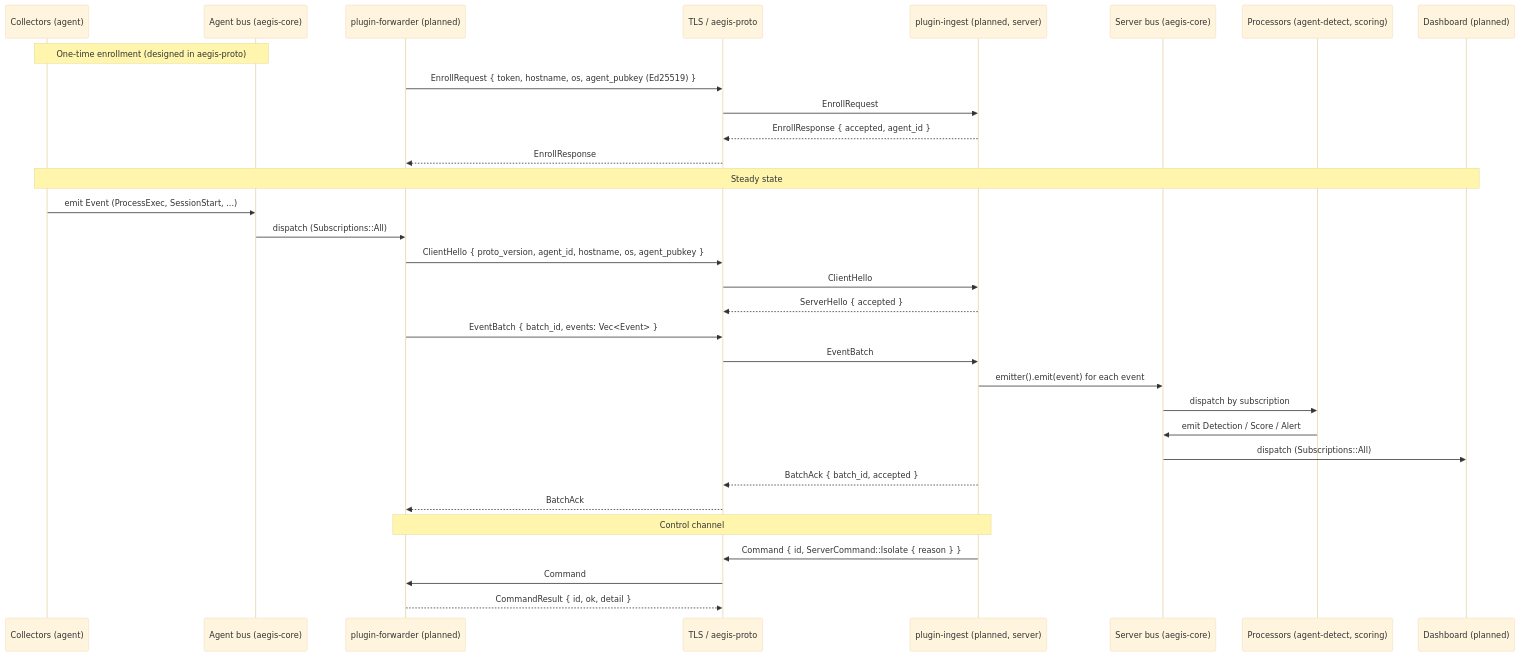
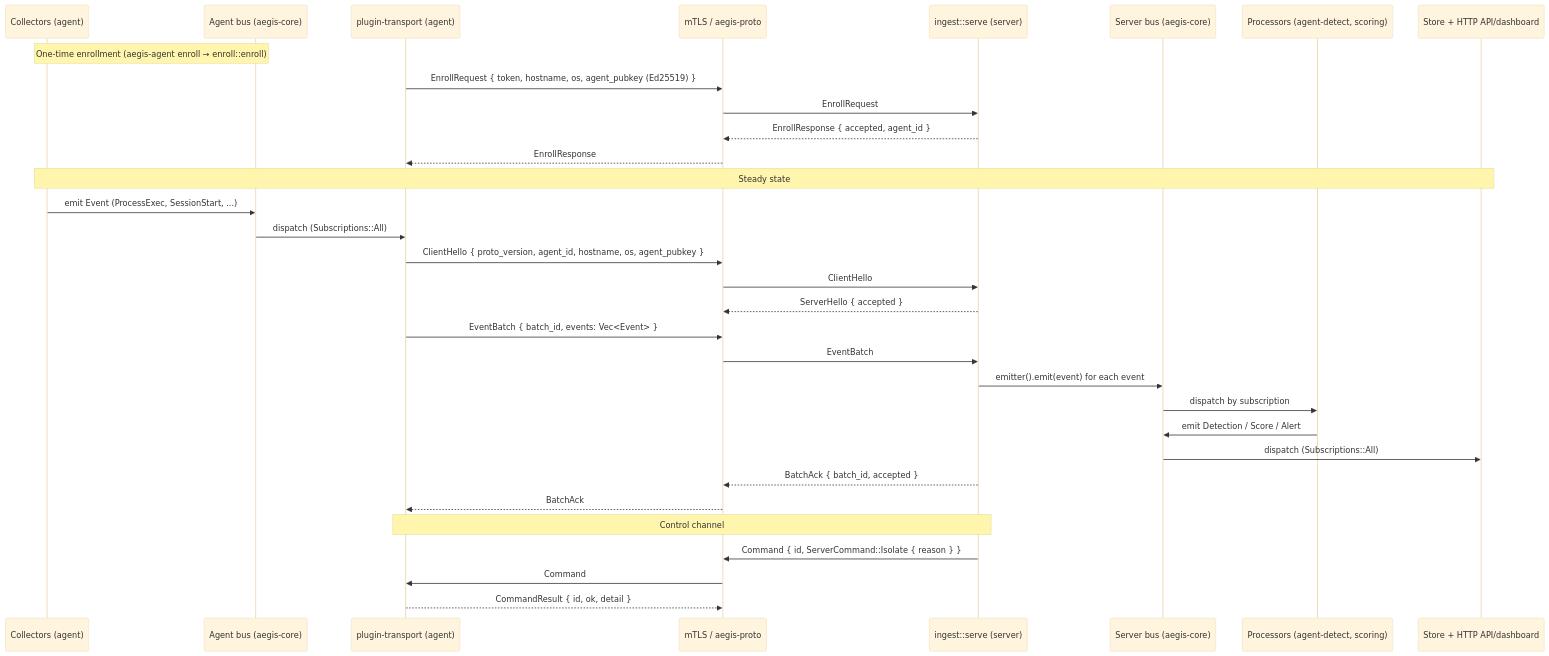
One commit to AnthonyHerman/insider-threat-profiling changed the third of 9 diagrams in docs/ARCHITECTURE.md. Above: the diagram before and after it, drawn with Mermaid (base theme). The commit also changed other lines of this file and 7 other files, not shown here.

````diff
--- a/docs/ARCHITECTURE.md
+++ b/docs/ARCHITECTURE.md
@@ -210,37 +239,37 @@
 ```mermaid
 sequenceDiagram
   participant Col as Collectors (agent)
   participant Bus as Agent bus (aegis-core)
-  participant Fwd as plugin-forwarder (planned)
-  participant Net as TLS / aegis-proto
-  participant Ing as plugin-ingest (planned, server)
+  participant Fwd as plugin-transport (agent)
+  participant Net as mTLS / aegis-proto
+  participant Ing as ingest::serve (server)
   participant SBus as Server bus (aegis-core)
   participant Proc as Processors (agent-detect, scoring)
-  participant Dash as Dashboard (planned)
+  participant Dash as Store + HTTP API/dashboard
 
-  Note over Col,Bus: One-time enrollment (designed in aegis-proto)
+  Note over Col,Bus: One-time enrollment (aegis-agent enroll → enroll::enroll)
   Fwd->>Net: EnrollRequest { token, hostname, os, agent_pubkey (Ed25519) }
   Net->>Ing: EnrollRequest
   Ing-->>Net: EnrollResponse { accepted, agent_id }
   Net-->>Fwd: EnrollResponse
 
   Note over Col,Dash: Steady state
   Col->>Bus: emit Event (ProcessExec, SessionStart, ...)
   Bus->>Fwd: dispatch (Subscriptions::All)
   Fwd->>Net: ClientHello { proto_version, agent_id, hostname, os, agent_pubkey }
   Net->>Ing: ClientHello
   Ing-->>Net: ServerHello { accepted }
   Fwd->>Net: EventBatch { batch_id, events: Vec<Event> }
   Net->>Ing: EventBatch
   Ing->>SBus: emitter().emit(event) for each event
   SBus->>Proc: dispatch by subscription
   Proc->>SBus: emit Detection / Score / Alert
   SBus->>Dash: dispatch (Subscriptions::All)
   Ing-->>Net: BatchAck { batch_id, accepted }
   Net-->>Fwd: BatchAck
 
   Note over Ing,Fwd: Control channel
   Ing->>Net: Command { id, ServerCommand::Isolate { reason } }
   Net->>Fwd: Command
   Fwd-->>Net: CommandResult { id, ok, detail }
 ```
````
